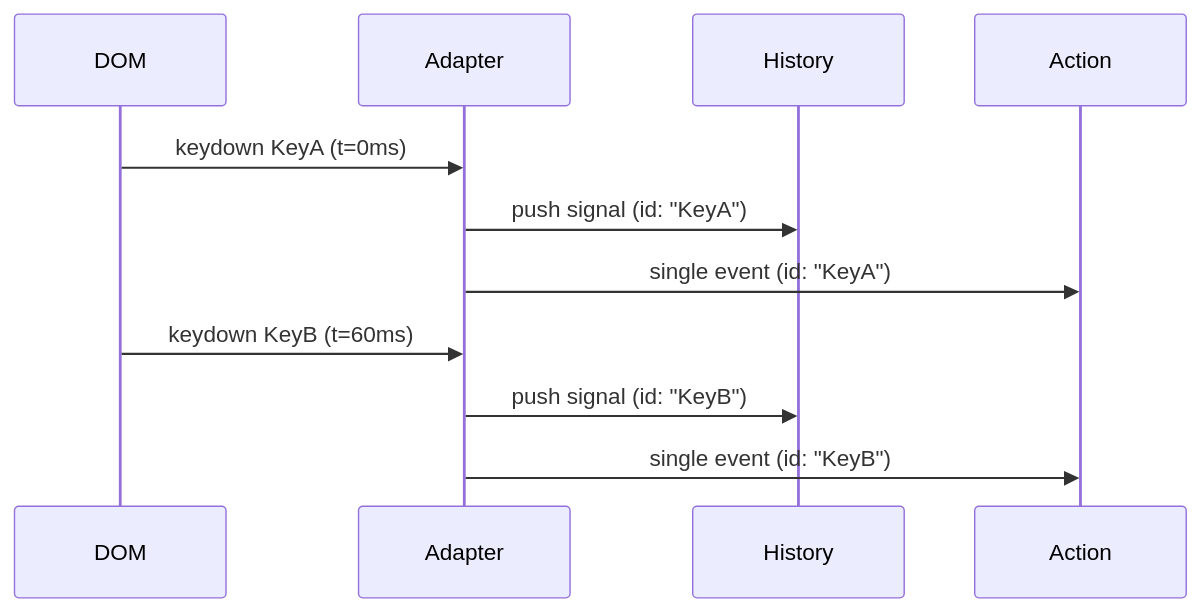
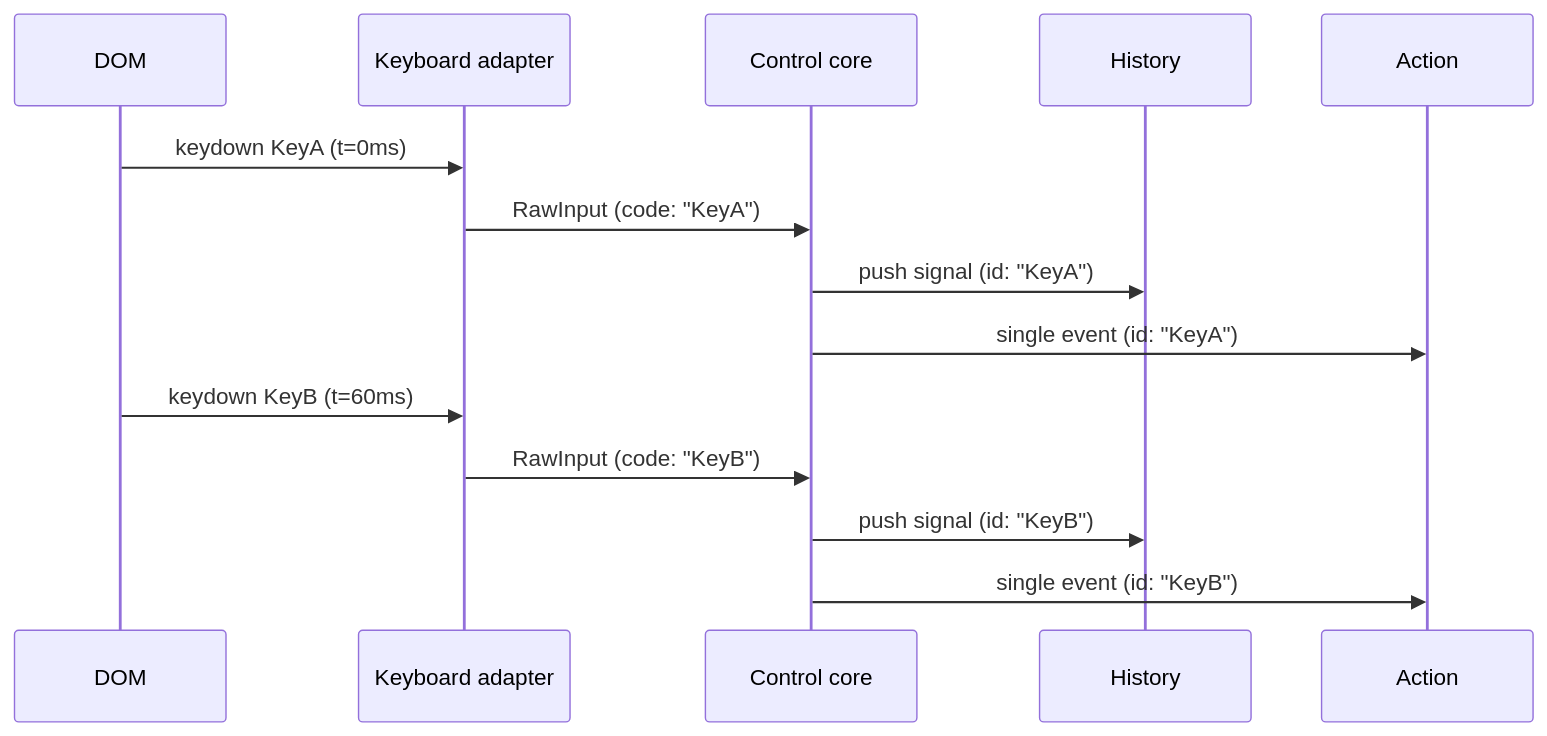
One commit to PeloNZ/fireworks changed the fourth of 4 diagrams in docs/02_spec.md. Above: the diagram before and after it, drawn with Mermaid. The commit also changed other lines of this file and 1 other file, not shown here.

First line of the commit message:
Control layer build plan; amend spec for adapter-owned filtering

````diff
--- a/docs/02_spec.md
+++ b/docs/02_spec.md
@@ -160,13 +191,16 @@
 ```mermaid
 sequenceDiagram
     participant DOM
-    participant Adapter
+    participant Adapter as Keyboard adapter
+    participant Core as Control core
     participant History
     participant Action
     DOM->>Adapter: keydown KeyA (t=0ms)
-    Adapter->>History: push signal (id: "KeyA")
-    Adapter->>Action: single event (id: "KeyA")
+    Adapter->>Core: RawInput (code: "KeyA")
+    Core->>History: push signal (id: "KeyA")
+    Core->>Action: single event (id: "KeyA")
     DOM->>Adapter: keydown KeyB (t=60ms)
-    Adapter->>History: push signal (id: "KeyB")
-    Adapter->>Action: single event (id: "KeyB")
+    Adapter->>Core: RawInput (code: "KeyB")
+    Core->>History: push signal (id: "KeyB")
+    Core->>Action: single event (id: "KeyB")
 ```
````
